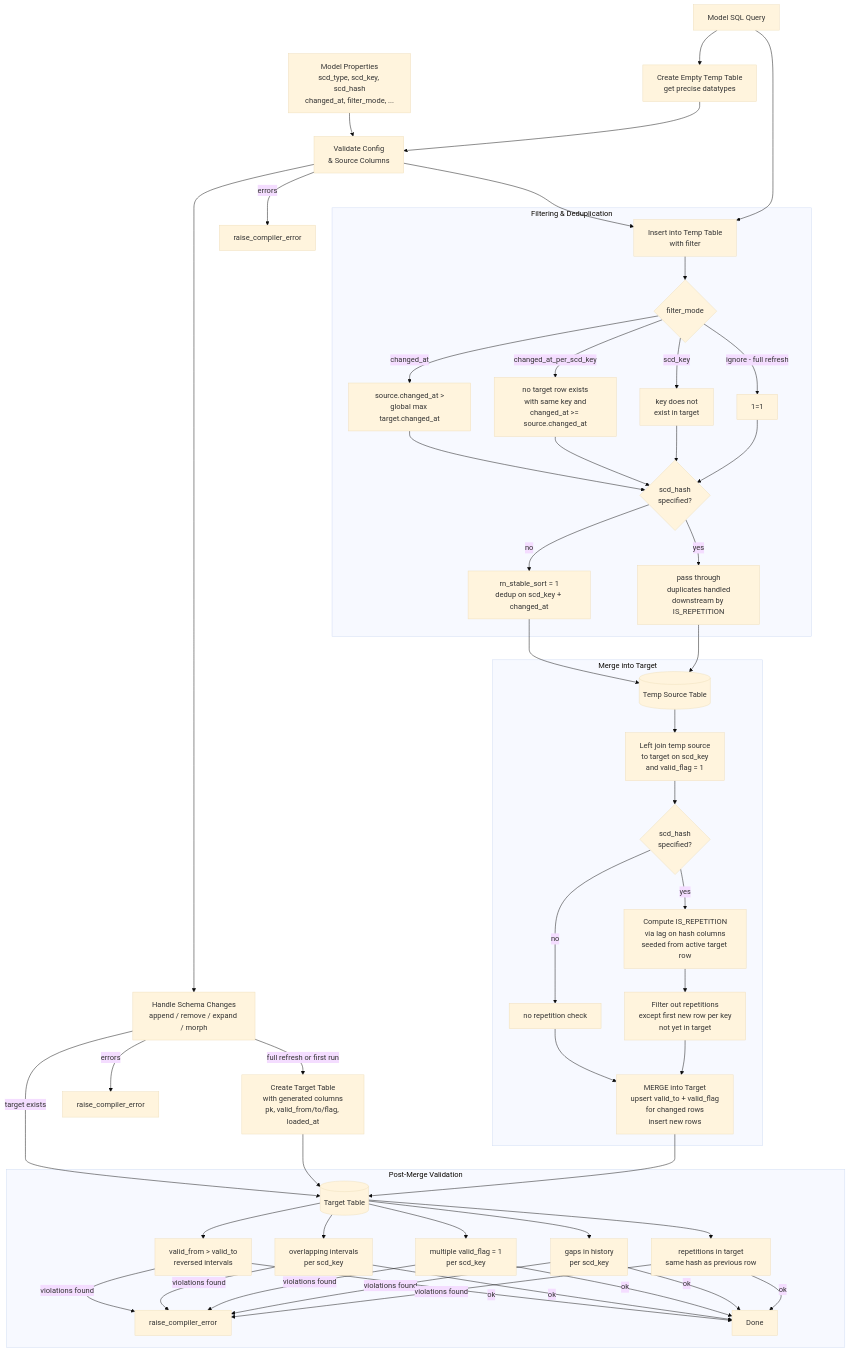
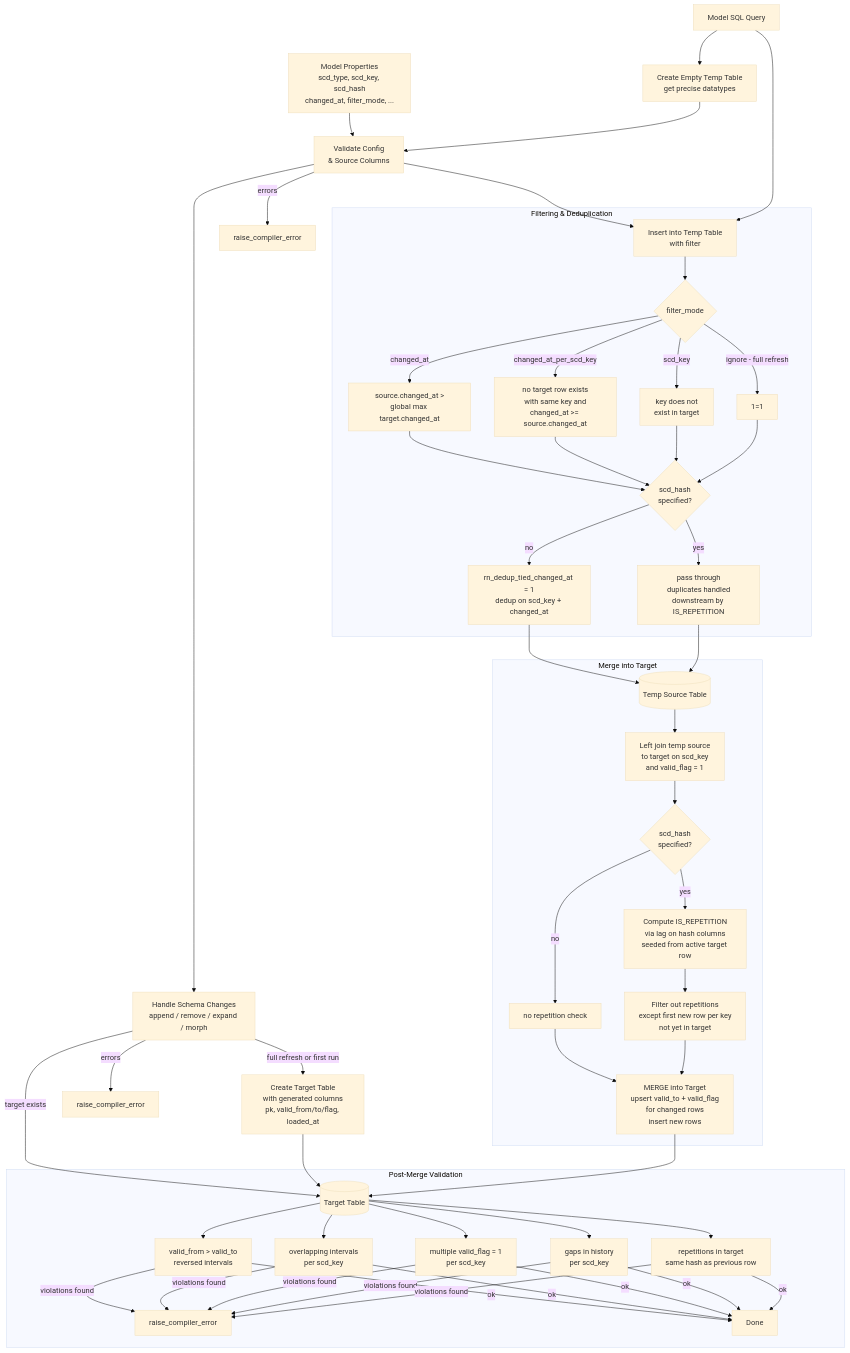
The diagram in macros/README.md (navikt/dbt-dvh-macros), drawn with Mermaid (base theme) before and after one commit. The commit also changed 3 other files, not shown here.

````diff
--- a/macros/README.md
+++ b/macros/README.md
@@ -34,53 +34,53 @@
 ```mermaid
 graph TD
     A[Model SQL Query] --> B[Create Empty Temp Table\nget precise datatypes]
     CFG[Model Properties\nscd_type, scd_key, scd_hash\nchanged_at, filter_mode, ...] --> V1
 
     B --> V1[Validate Config\n& Source Columns]
     V1 -->|errors| FAIL1[raise_compiler_error]
 
     V1 --> SC[Handle Schema Changes\nappend / remove / expand / morph]
     SC -->|errors| FAIL2[raise_compiler_error]
     SC -->|target exists| TGT[(Target Table)]
     SC -->|full refresh or first run| CREATE[Create Target Table\nwith generated columns\npk, valid_from/to/flag, loaded_at]
     CREATE --> TGT
 
     V1 --> INS[Insert into Temp Table\nwith filter]
     A --> INS
 
     subgraph Filtering & Deduplication
         INS --> FM{filter_mode}
         FM -->|changed_at| F1[source.changed_at >\nglobal max target.changed_at]
         FM -->|changed_at_per_scd_key| F2[no target row exists\nwith same key and\nchanged_at >= source.changed_at]
         FM -->|scd_key| F3[key does not\nexist in target]
         FM -->|ignore - full refresh| F4[1=1]
         F1 & F2 & F3 & F4 --> DEDUP{scd_hash\nspecified?}
-        DEDUP -->|no| RN[rn_stable_sort = 1\ndedup on scd_key + changed_at]
+        DEDUP -->|no| RN[rn_dedup_tied_changed_at = 1\ndedup on scd_key + changed_at]
         DEDUP -->|yes| PASS[pass through\nduplicates handled\ndownstream by IS_REPETITION]
     end
 
     RN --> TMP[(Temp Source Table)]
     PASS --> TMP
 
     subgraph Merge into Target
         TMP --> JOIN[Left join temp source\nto target on scd_key\nand valid_flag = 1]
         JOIN --> REP{scd_hash\nspecified?}
         REP -->|yes| REPCHECK[Compute IS_REPETITION\nvia lag on hash columns\nseeded from active target row]
         REP -->|no| NOCHECK[no repetition check]
         REPCHECK --> FILT[Filter out repetitions\nexcept first new row per key\nnot yet in target]
         NOCHECK --> MERGE
         FILT --> MERGE[MERGE into Target\nupsert valid_to + valid_flag\nfor changed rows\ninsert new rows]
     end
 
     MERGE --> TGT
 
     subgraph Post-Merge Validation
         TGT --> CHK1[valid_from > valid_to\nreversed intervals]
         TGT --> CHK2[overlapping intervals\nper scd_key]
         TGT --> CHK3[multiple valid_flag = 1\nper scd_key]
         TGT --> CHK4[gaps in history\nper scd_key]
         TGT --> CHK5[repetitions in target\nsame hash as previous row]
         CHK1 & CHK2 & CHK3 & CHK4 & CHK5 -->|violations found| FAIL3[raise_compiler_error]
         CHK1 & CHK2 & CHK3 & CHK4 & CHK5 -->|ok| DONE[Done]
     end
 ```
````
